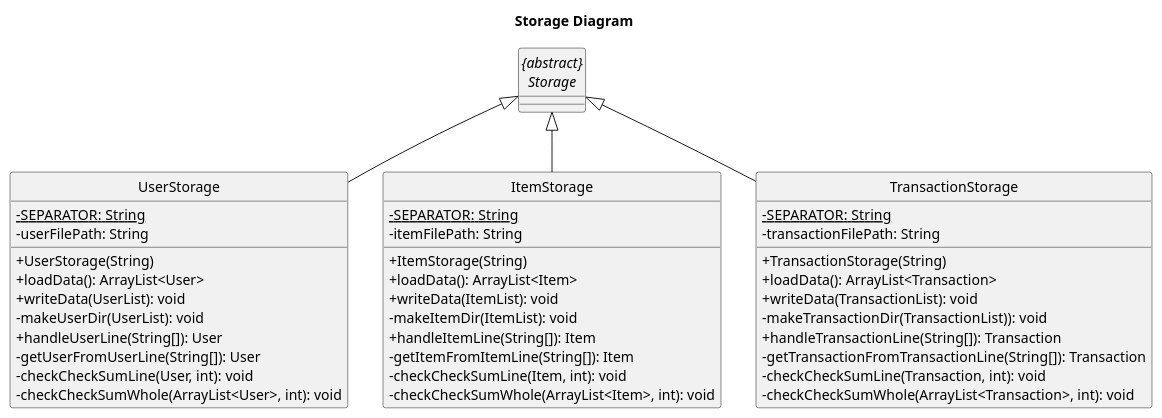
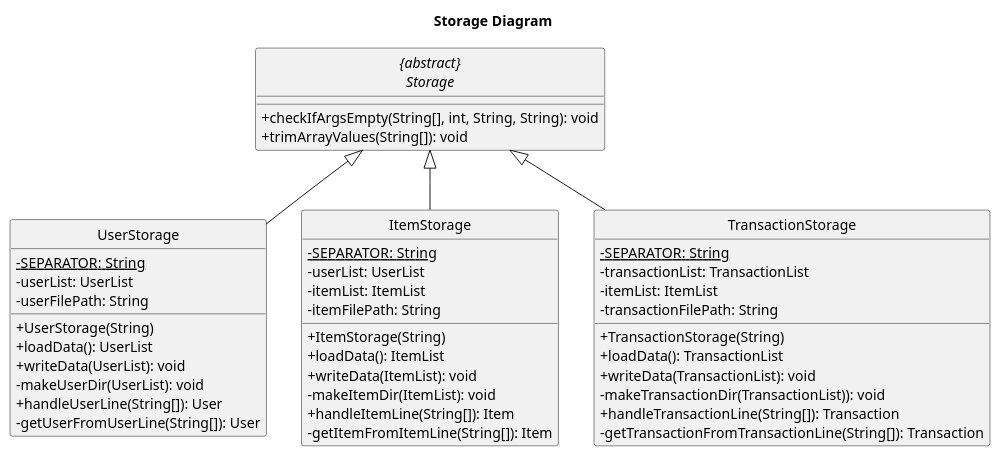
One commit to nus-cs2113-AY2223S1/tp changed the diagram in docs/diagrams/storage/StorageClass.puml. Above: the diagram before and after it, drawn with PlantUML. The commit also changed 6 other files, not shown here.

```diff
--- a/docs/diagrams/storage/StorageClass.puml
+++ b/docs/diagrams/storage/StorageClass.puml
@@ -1,52 +1,54 @@
 @startuml
 title Storage Diagram
 
 skinparam classAttributeIconSize 0
 hide footbox
 hide circle
 
-abstract class "{abstract}\nStorage"
+abstract class "{abstract}\nStorage" {
+    + checkIfArgsEmpty(String[], int, String, String): void
+    + trimArrayValues(String[]): void
+}
 
 class UserStorage {
     {static} - SEPARATOR: String
+    - userList: UserList
     - userFilePath: String
     + UserStorage(String)
-    + loadData(): ArrayList<User>
+    + loadData(): UserList
     + writeData(UserList): void
     - makeUserDir(UserList): void
     + handleUserLine(String[]): User
     - getUserFromUserLine(String[]): User
-    - checkCheckSumLine(User, int): void
-    - checkCheckSumWhole(ArrayList<User>, int): void
 }
 
 class ItemStorage {
     {static} - SEPARATOR: String
+    - userList: UserList
+    - itemList: ItemList
     - itemFilePath: String
     + ItemStorage(String)
-    + loadData(): ArrayList<Item>
+    + loadData(): ItemList
     + writeData(ItemList): void
     - makeItemDir(ItemList): void
     + handleItemLine(String[]): Item
     - getItemFromItemLine(String[]): Item
-    - checkCheckSumLine(Item, int): void
-    - checkCheckSumWhole(ArrayList<Item>, int): void
 }
 
 class TransactionStorage {
     {static} - SEPARATOR: String
+    - transactionList: TransactionList
+    - itemList: ItemList
     - transactionFilePath: String
     + TransactionStorage(String)
-    + loadData(): ArrayList<Transaction>
+    + loadData(): TransactionList
     + writeData(TransactionList): void
     - makeTransactionDir(TransactionList)): void
     + handleTransactionLine(String[]): Transaction
     - getTransactionFromTransactionLine(String[]): Transaction
-    - checkCheckSumLine(Transaction, int): void
-    - checkCheckSumWhole(ArrayList<Transaction>, int): void
 }
 
 "{abstract}\nStorage" <|-- UserStorage
 "{abstract}\nStorage" <|-- ItemStorage
 "{abstract}\nStorage" <|-- TransactionStorage
 @enduml
```
